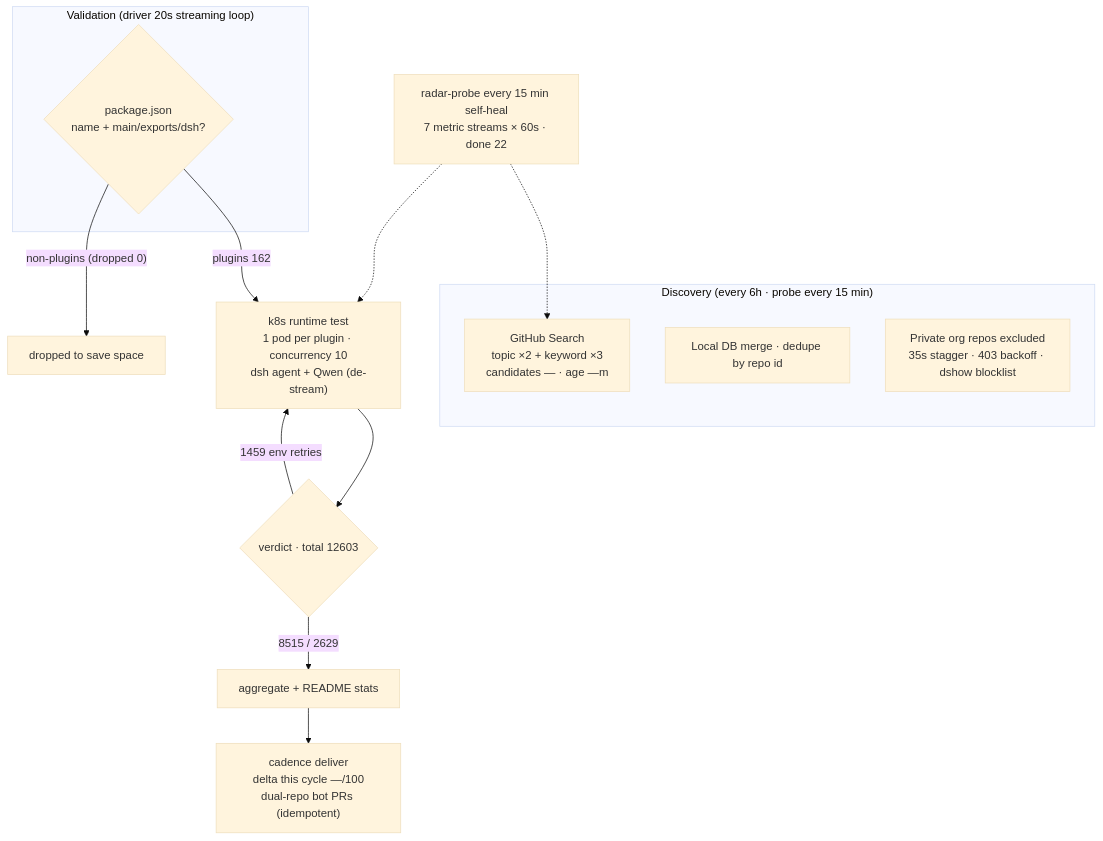
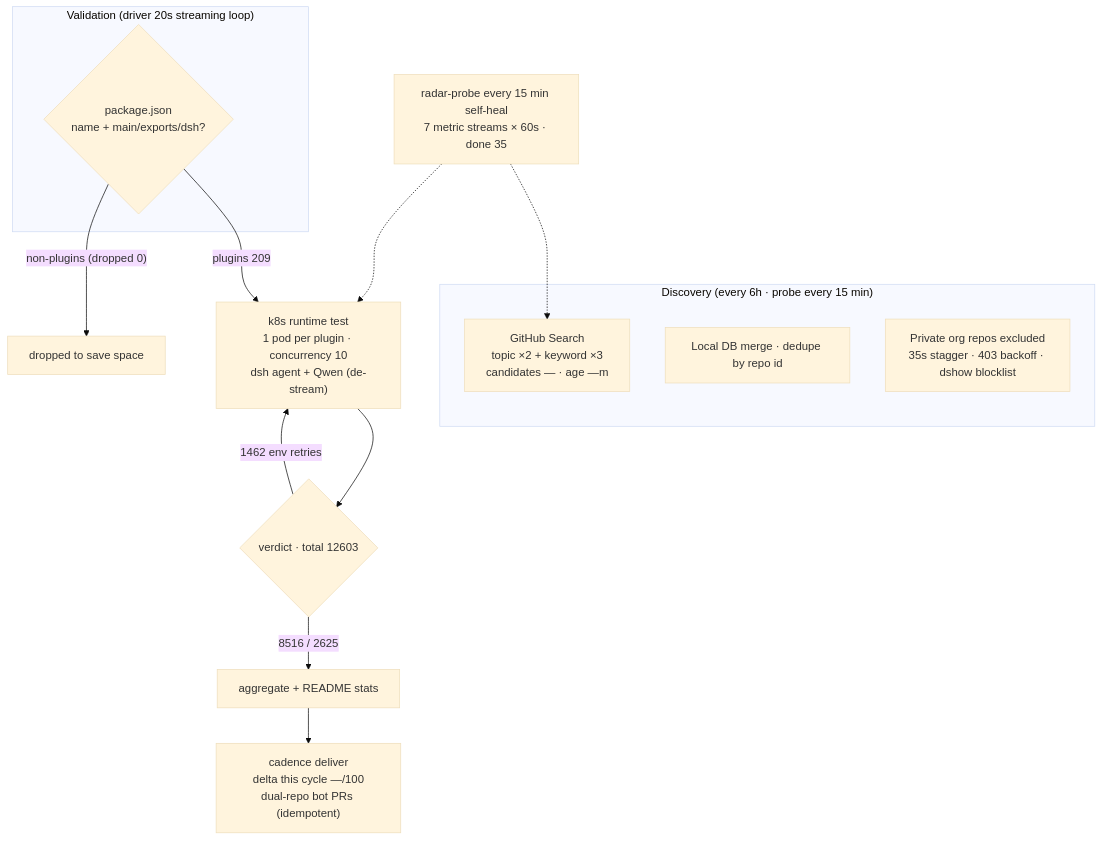
One commit to AdamPlatin123/awesome-dsh-plugins changed the diagram in README.en-US.md. Above: the diagram before and after it, drawn with Mermaid (base theme). The commit also changed other lines of this file and 5 other files, not shown here.

````diff
--- a/README.en-US.md
+++ b/README.en-US.md
@@ -45,20 +45,20 @@
 ```mermaid
 flowchart TB
     subgraph Discovery["Discovery (every 6h · probe every 15 min)"]
         A1["GitHub Search<br/>topic ×2 + keyword ×3<br/>candidates — · age —m"]
         A2["Local DB merge · dedupe by repo id"]
         A3["Private org repos excluded<br/>35s stagger · 403 backoff · dshow blocklist"]
     end
     subgraph Validation["Validation (driver 20s streaming loop)"]
         B1{"package.json<br/>name + main/exports/dsh?"}
     end
-    B1 -->|"plugins 162"| C1["k8s runtime test<br/>1 pod per plugin · concurrency 10<br/>dsh agent + Qwen (de-stream)"]
+    B1 -->|"plugins 209"| C1["k8s runtime test<br/>1 pod per plugin · concurrency 10<br/>dsh agent + Qwen (de-stream)"]
     B1 -->|"non-plugins (dropped 0)"| B3["dropped to save space"]
     C1 --> D1{"verdict · total 12603"}
-    D1 -->|"8515 / 2629"| E1["aggregate + README stats"]
-    D1 -->|"1459 env retries"| C1
+    D1 -->|"8516 / 2625"| E1["aggregate + README stats"]
+    D1 -->|"1462 env retries"| C1
     E1 --> E2["cadence deliver<br/>delta this cycle —/100<br/>dual-repo bot PRs (idempotent)"]
-    M["radar-probe every 15 min self-heal<br/>7 metric streams × 60s · done 22"]
+    M["radar-probe every 15 min self-heal<br/>7 metric streams × 60s · done 35"]
     M -.-> A1
     M -.-> C1
 ```
````
